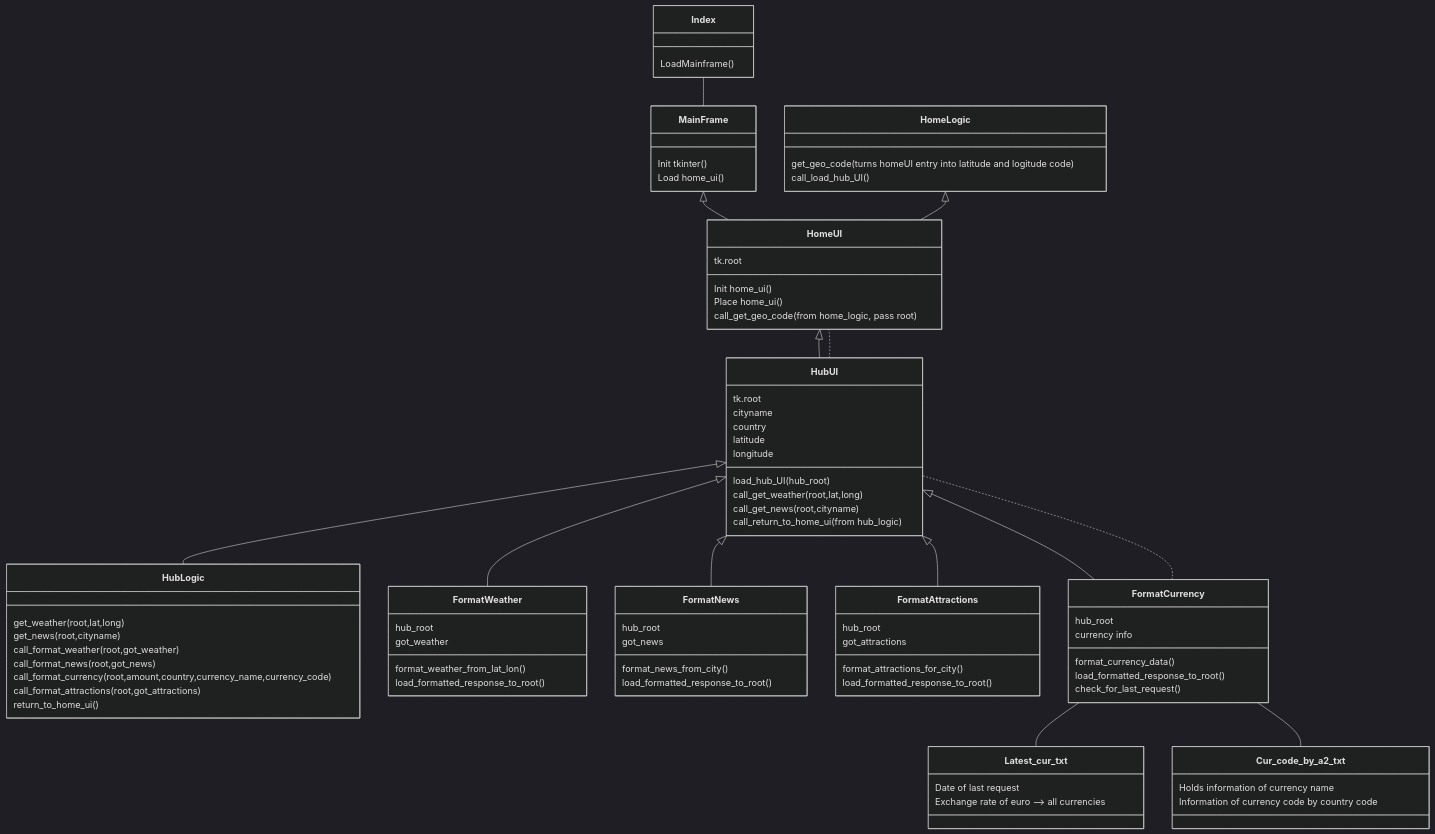
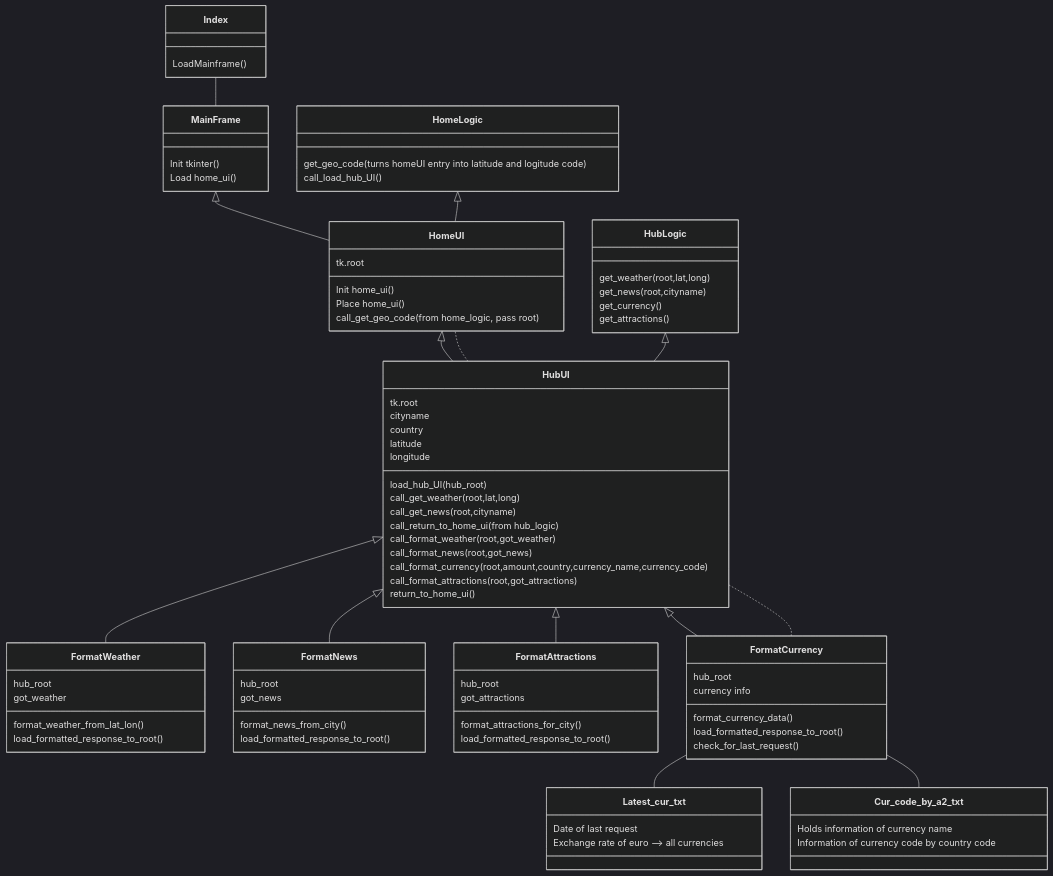
Before and after one commit to kodtld/TravelHub: the diagram in dokumentaatio/arkkitehtuuri.md, drawn with Mermaid (dark theme).

```diff
--- a/dokumentaatio/arkkitehtuuri.md
+++ b/dokumentaatio/arkkitehtuuri.md
@@ -5,7 +5,7 @@
       MainFrame <|-- HomeUI
       HomeLogic <|-- HomeUI
       HomeUI <|-- HubUI
-      HubUI <|-- HubLogic
+      HubLogic <|-- HubUI
       HubUI ..	HomeUI
       HubUI <|-- FormatWeather
       HubUI <|-- FormatNews
@@ -48,19 +48,19 @@
             call_get_weather(root,lat,long)
             call_get_news(root,cityname)
             call_return_to_home_ui(from hub_logic)
-          
+            call_format_weather(root,got_weather)
+            call_format_news(root,got_news)
+            call_format_currency(root,amount,country,currency_name,currency_code)
+            call_format_attractions(root,got_attractions)
+            return_to_home_ui()
          }
 
       class HubLogic{
 
           get_weather(root,lat,long)
-  	     get_news(root,cityname)
-            
-            call_format_weather(root,got_weather)
-            call_format_news(root,got_news)
-	    call_format_currency(root,amount,country,currency_name,currency_code)
-	    call_format_attractions(root,got_attractions)
-            return_to_home_ui()
+  	  get_news(root,cityname)
+          get_currency()
+	  get_attractions()  
           
          }
 
```
